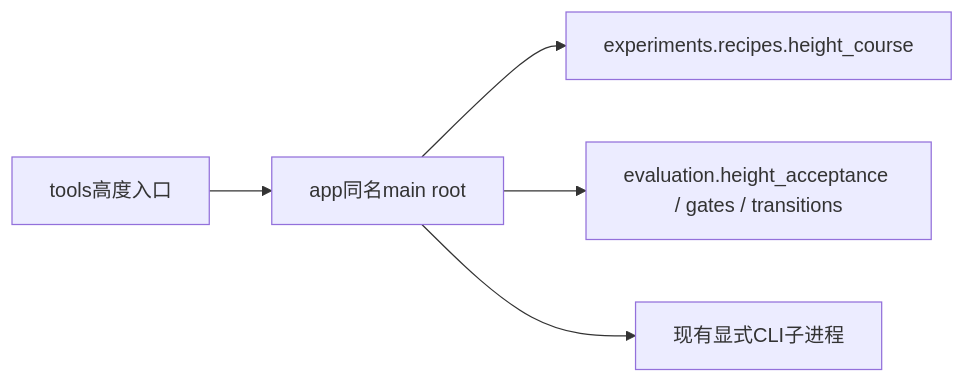
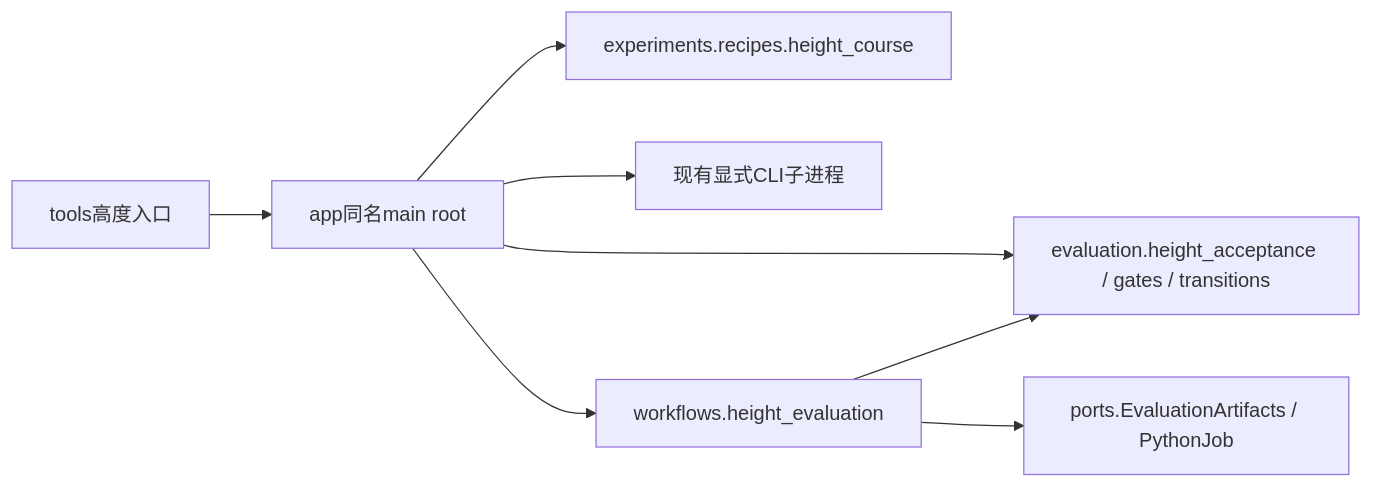
Before and after one commit to ywaaag/fudan_train: the diagram in docs/modules/height_supervisors.md, drawn with Mermaid. The commit also changed other lines of this file and 6 other files, not shown here.

Commit message:
refactor: separate height checkpoint evaluation workflow

````diff
--- a/docs/modules/height_supervisors.md
+++ b/docs/modules/height_supervisors.md
@@ -8,7 +8,10 @@
 ```mermaid
 flowchart LR
     CLI[tools高度入口] --> APP[app同名main root]
     APP --> RECIPE[experiments.recipes.height_course]
     APP --> GATE[evaluation.height_acceptance / gates / transitions]
     APP --> PROCESS[现有显式CLI子进程]
+    APP --> EVAL[workflows.height_evaluation]
+    EVAL --> PORT[ports.EvaluationArtifacts / PythonJob]
+    EVAL --> GATE
 ```
````
